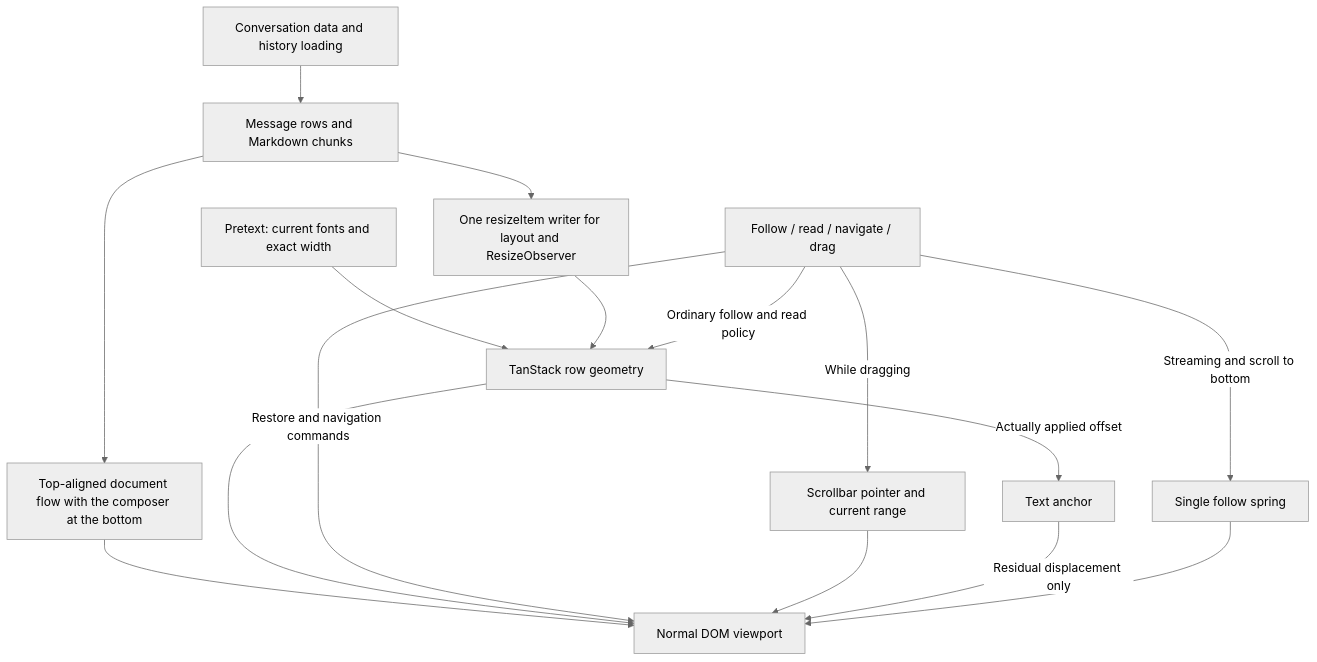
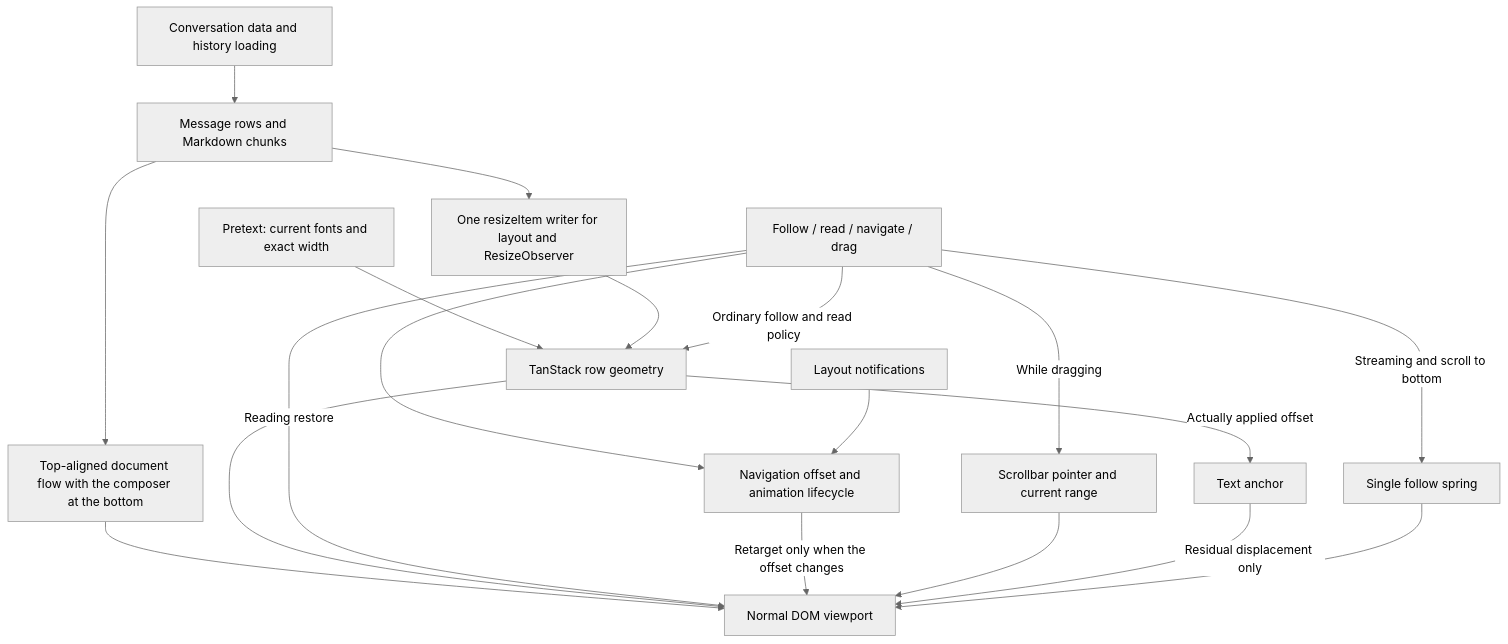
Before and after one commit to wecode-ai/Wegent: the diagram in docs/en/wegent/developer-guide/wework-message-scroll.md, drawn with Mermaid (neutral theme). The commit also changed other lines of this file and 6 other files, not shown here.

Commit message:
fix(wework): preserve turn navigation animation across unchanged layouts

````diff
--- a/docs/en/wegent/developer-guide/wework-message-scroll.md
+++ b/docs/en/wegent/developer-guide/wework-message-scroll.md
@@ -9,18 +9,21 @@
 ```mermaid
 flowchart TD
   Messages[Conversation data and history loading] --> Rows[Message rows and Markdown chunks]
   Rows --> Flow[Top-aligned document flow with the composer at the bottom]
   Flow --> Viewport
   Pretext[Pretext: current fonts and exact width] --> Engine[TanStack row geometry]
   Rows --> Measure[One resizeItem writer for layout and ResizeObserver]
   Measure --> Engine
   Engine --> Viewport[Normal DOM viewport]
   Controller[Follow / read / navigate / drag] -->|Ordinary follow and read policy| Engine
-  Controller -->|Restore and navigation commands| Viewport
+  Controller -->|Reading restore| Viewport
+  Controller --> Navigation[Navigation offset and animation lifecycle]
+  Layout[Layout notifications] --> Navigation
+  Navigation -->|Retarget only when the offset changes| Viewport
   Controller -->|Streaming and scroll to bottom| Spring[Single follow spring]
   Controller -->|While dragging| Pointer[Scrollbar pointer and current range]
   Pointer --> Viewport
   Engine -->|Actually applied offset| TextAnchor[Text anchor]
   TextAnchor -->|Residual displacement only| Viewport
   Spring --> Viewport
 ```
````
